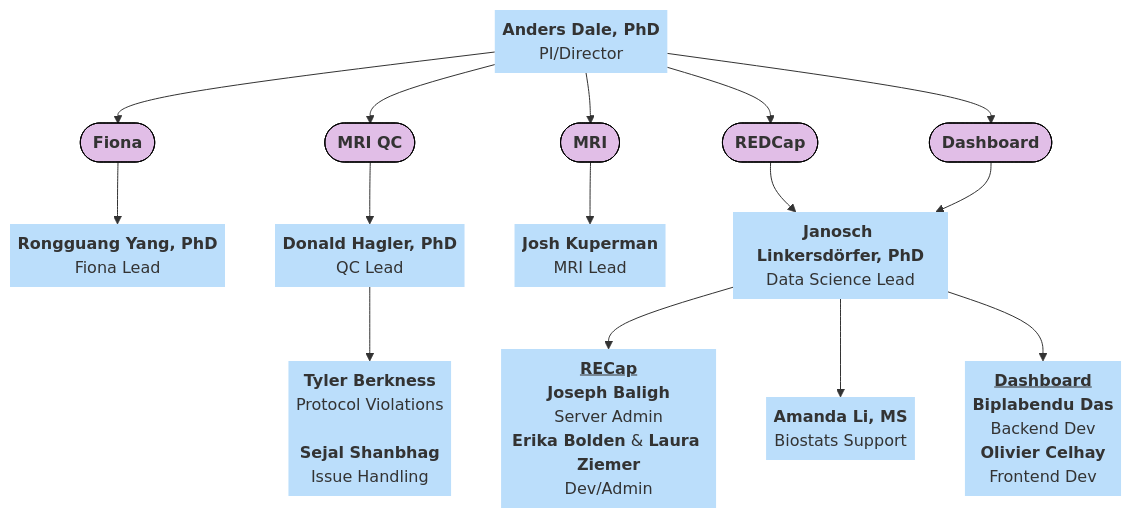
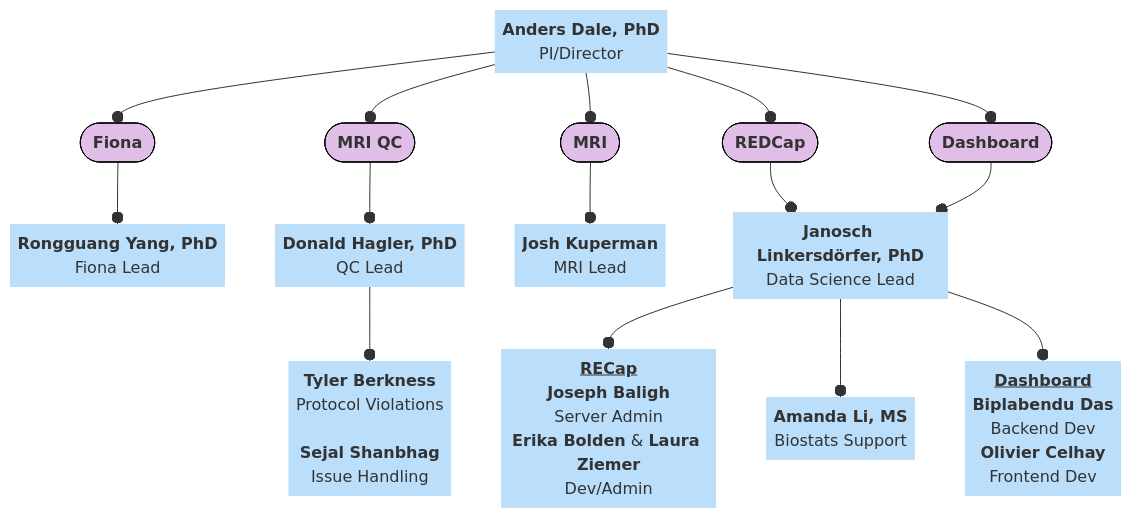
The ninth of 11 diagrams in docs/orgcharts.md (DCAN-Labs/hbcd-docs-internal), drawn with Mermaid before and after one commit. The commit also changed other lines of this file, not shown here.

````diff
--- a/docs/orgcharts.md
+++ b/docs/orgcharts.md
@@ -529,38 +529,38 @@
 ```mermaid
 ---
 config:
   layout: dagre
 ---
 flowchart TB
-    A["<b>Anders Dale, PhD</b><br>PI/Director"] --> n1(["<b>Fiona</b>"]) & n2(["<b>MRI QC</b>"]) & n3(["<b>MRI</b>"]) & n6(["<b>REDCap</b>"]) & n15(["<b>Dashboard</b>"])
-    n1 --> n8["<b>Rongguang Yang, PhD</b><br>Fiona Lead<br>"]
-    n2 --> n9["<b>Donald Hagler, PhD</b><br>QC Lead<br>"]
-    n3 --> n10["<b>Josh Kuperman</b><br>MRI Lead"]
-    n6 --> n4["<b>Janosch Linkersdörfer, PhD</b><br>Data Science Lead"]
-    n9 --> n13@{ label: "<span style=\"--tw-scale-x:\"><b>Tyler Berkness<br></b></span><span style=\"background-color:\">Protocol Violations<br></span><br><span style=\"--tw-scale-x:\"><span style=\"--tw-scale-x:\"><b>Sejal Shanbhag<br style=\"--tw-scale-x:\"></b></span></span><span style=\"--tw-scale-x:\">Issue Handling</span>" }
-    n15 --> n4
-    n4 --> n12["<b><b><u>RECap</u></b><br>Joseph Baligh</b><br>Server Admin<br><b>Erika Bolden</b> &amp; <b>Laura Ziemer</b><br>Dev/Admin"] & n18@{ label: "<span style=\"--tw-scale-x:\"><span style=\"--tw-scale-x:\"><b><span style=\"--tw-scale-x:\">Amanda Li, MS</span><br style=\"--tw-scale-x:\"></b></span></span><span style=\"--tw-scale-x:\">Biostats Support</span>" } & n17@{ label: "<span style=\"--tw-scale-x:\"><b><b><u>Dashboard</u></b><br>Biplabendu Das</b><br>Backend Dev<br></span><span style=\"--tw-scale-x:\"><b>Olivier Celhay</b><br></span><span style=\"background-color:\">Frontend Dev</span>" }
+    A["<b>Anders Dale, PhD</b><br>PI/Director"] --o n1(["<b>Fiona</b>"]) & n2(["<b>MRI QC</b>"]) & n3(["<b>MRI</b>"]) & n6(["<b>REDCap</b>"]) & n15(["<b>Dashboard</b>"])
+    n1 --o n8["<b>Rongguang Yang, PhD</b><br>Fiona Lead<br>"]
+    n2 --o n9["<b>Donald Hagler, PhD</b><br>QC Lead<br>"]
+    n3 --o n10["<b>Josh Kuperman</b><br>MRI Lead"]
+    n6 --o n4["<b>Janosch Linkersdörfer, PhD</b><br>Data Science Lead"]
+    n9 --o n13@{ label: "<span style=\"--tw-scale-x:\"><b>Tyler Berkness<br></b></span><span style=\"background-color:\">Protocol Violations<br></span><br><span style=\"--tw-scale-x:\"><span style=\"--tw-scale-x:\"><b>Sejal Shanbhag<br style=\"--tw-scale-x:\"></b></span></span><span style=\"--tw-scale-x:\">Issue Handling</span>" }
+    n15 --o n4
+    n4 --o n12["<b><b><u>RECap</u></b><br>Joseph Baligh</b><br>Server Admin<br><b>Erika Bolden</b> &amp; <b>Laura Ziemer</b><br>Dev/Admin"] & n18@{ label: "<span style=\"--tw-scale-x:\"><span style=\"--tw-scale-x:\"><b><span style=\"--tw-scale-x:\">Amanda Li, MS</span><br style=\"--tw-scale-x:\"></b></span></span><span style=\"--tw-scale-x:\">Biostats Support</span>" } & n17@{ label: "<span style=\"--tw-scale-x:\"><b><b><u>Dashboard</u></b><br>Biplabendu Das</b><br>Backend Dev<br></span><span style=\"--tw-scale-x:\"><b>Olivier Celhay</b><br></span><span style=\"background-color:\">Frontend Dev</span>" }
     A@{ shape: text}
     n8@{ shape: text}
     n9@{ shape: text}
     n10@{ shape: text}
     n4@{ shape: text}
     n13@{ shape: text}
     n12@{ shape: text}
     n18@{ shape: text}
     n17@{ shape: text}
     style A fill:#BBDEFB
     style n1 fill:#E1BEE7,stroke:#000000
     style n2 stroke:#000000,fill:#E1BEE7
     style n3 stroke:#000000,fill:#E1BEE7
     style n6 stroke:#000000,fill:#E1BEE7
     style n15 fill:#E1BEE7,stroke:#000000
     style n8 fill:#BBDEFB
     style n9 fill:#BBDEFB
     style n10 fill:#BBDEFB
     style n4 fill:#BBDEFB
     style n13 fill:#BBDEFB
     style n12 fill:#BBDEFB
     style n18 fill:#BBDEFB
     style n17 fill:#BBDEFB
 ```
````
